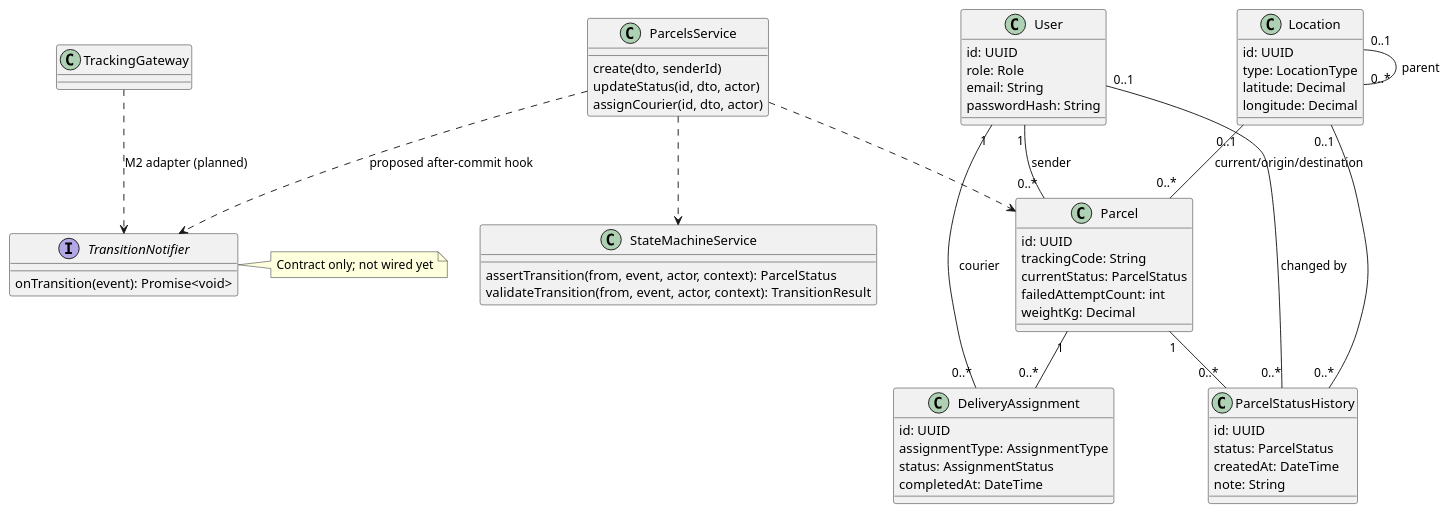
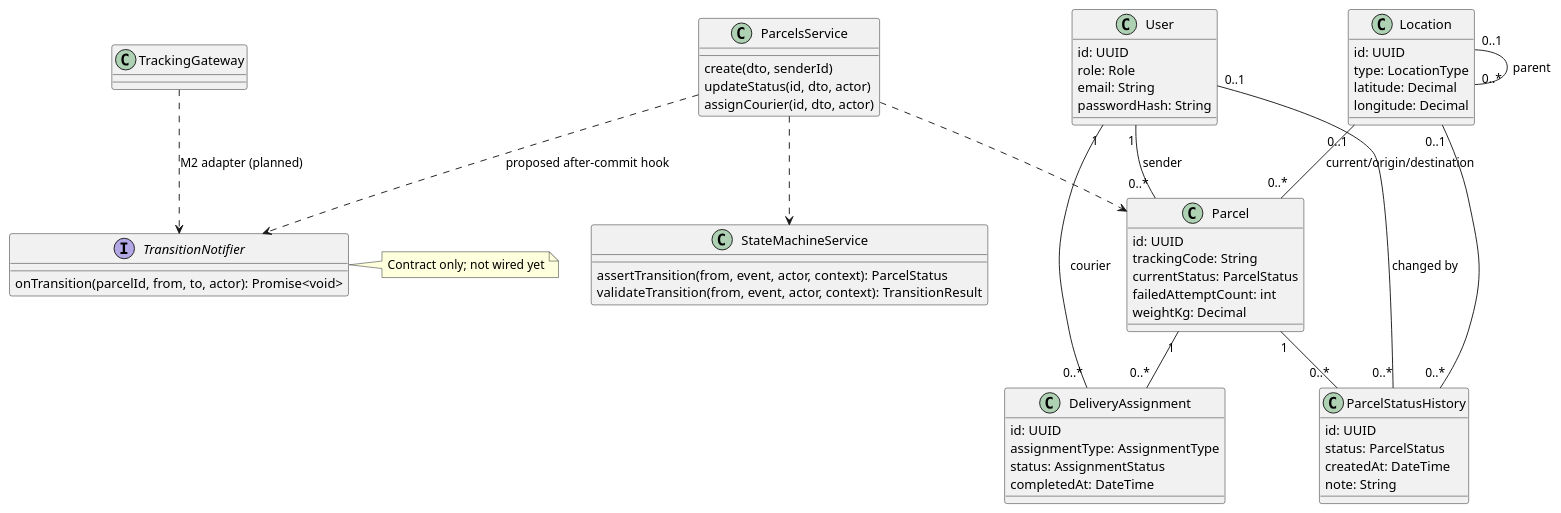
One commit to Lilian576/Last-MileExpressLogistics-ParcelTrackingSystem changed the diagram in docs/uml/class.puml. Above: the diagram before and after it, drawn with PlantUML. The commit also changed 4 other files, not shown here.

Commit message:
docs: finalize transition hook and gateway event contract

```diff
--- a/docs/uml/class.puml
+++ b/docs/uml/class.puml
@@ -1,59 +1,59 @@
 @startuml
 class User {
   id: UUID
   role: Role
   email: String
   passwordHash: String
 }
 class Parcel {
   id: UUID
   trackingCode: String
   currentStatus: ParcelStatus
   failedAttemptCount: int
   weightKg: Decimal
 }
 class ParcelStatusHistory {
   id: UUID
   status: ParcelStatus
   createdAt: DateTime
   note: String
 }
 class Location {
   id: UUID
   type: LocationType
   latitude: Decimal
   longitude: Decimal
 }
 class DeliveryAssignment {
   id: UUID
   assignmentType: AssignmentType
   status: AssignmentStatus
   completedAt: DateTime
 }
 class ParcelsService {
   create(dto, senderId)
   updateStatus(id, dto, actor)
   assignCourier(id, dto, actor)
 }
 class StateMachineService {
   assertTransition(from, event, actor, context): ParcelStatus
   validateTransition(from, event, actor, context): TransitionResult
 }
 interface TransitionNotifier {
-  onTransition(event): Promise<void>
+  onTransition(parcelId, from, to, actor): Promise<void>
 }
 class TrackingGateway
 User "1" -- "0..*" Parcel : sender
 User "1" -- "0..*" DeliveryAssignment : courier
 User "0..1" -- "0..*" ParcelStatusHistory : changed by
 Parcel "1" -- "0..*" ParcelStatusHistory
 Parcel "1" -- "0..*" DeliveryAssignment
 Location "0..1" -- "0..*" Parcel : current/origin/destination
 Location "0..1" -- "0..*" ParcelStatusHistory
 Location "0..1" -- "0..*" Location : parent
 ParcelsService ..> StateMachineService
 ParcelsService ..> Parcel
 ParcelsService ..> TransitionNotifier : proposed after-commit hook
 TrackingGateway ..> TransitionNotifier : M2 adapter (planned)
 note right of TransitionNotifier : Contract only; not wired yet
 @enduml
```
